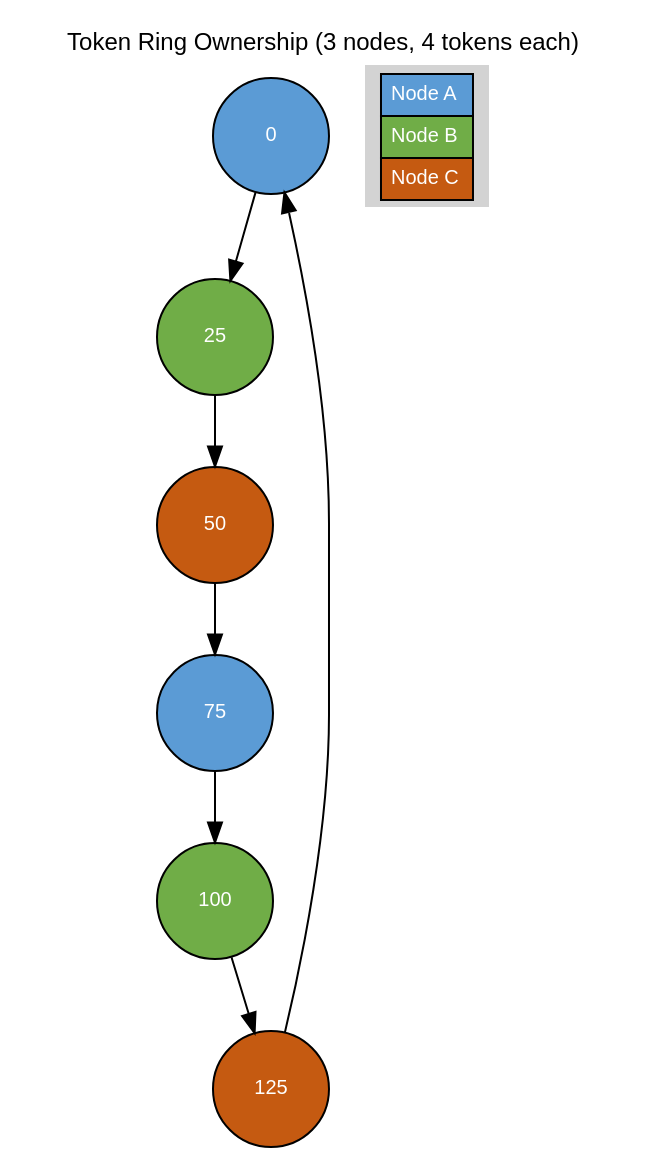
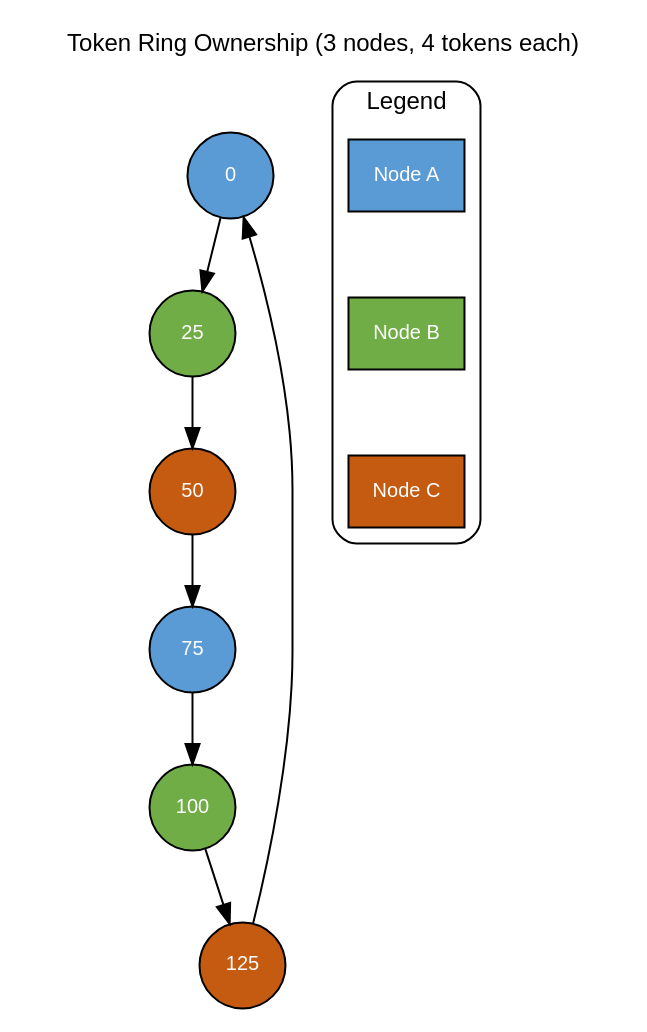
Before and after one commit to axonops/documentation: the third of 6 diagrams in docs/cassandra/architecture/cluster-management/node-lifecycle.md, drawn with Graphviz. The commit also changed other lines of this file and 228 other files, not shown here.

````diff
--- a/docs/cassandra/architecture/cluster-management/node-lifecycle.md
+++ b/docs/cassandra/architecture/cluster-management/node-lifecycle.md
@@ -219,29 +200,35 @@
-```graphviz dot token-ownership.svg
-digraph TokenOwnership {
+```graphviz circo token-ring.svg
+digraph TokenRing {
     fontname="Helvetica";
     node [fontname="Helvetica", fontsize=10];
     edge [fontname="Helvetica", fontsize=9];
 
     label="Token Ring Ownership (3 nodes, 4 tokens each)";
     labelloc="t";
     fontsize=12;
 
-    node [shape=circle, style="filled", width=0.8];
+    node [shape=circle, style=filled, width=0.6, fixedsize=true];
 
-    // Ring representation
     t0 [label="0", fillcolor="#5B9BD5", fontcolor="white"];
     t25 [label="25", fillcolor="#70AD47", fontcolor="white"];
     t50 [label="50", fillcolor="#C55A11", fontcolor="white"];
     t75 [label="75", fillcolor="#5B9BD5", fontcolor="white"];
     t100 [label="100", fillcolor="#70AD47", fontcolor="white"];
     t125 [label="125", fillcolor="#C55A11", fontcolor="white"];
 
     t0 -> t25 -> t50 -> t75 -> t100 -> t125 -> t0;
 
-    legend [shape=none, label=<<TABLE BORDER="0" CELLBORDER="1" CELLSPACING="0" CELLPADDING="4">
-        <TR><TD BGCOLOR="#5B9BD5"><FONT COLOR="white">Node A</FONT></TD></TR>
-        <TR><TD BGCOLOR="#70AD47"><FONT COLOR="white">Node B</FONT></TD></TR>
-        <TR><TD BGCOLOR="#C55A11"><FONT COLOR="white">Node C</FONT></TD></TR>
-    </TABLE>>];
+    subgraph cluster_legend {
+        label="Legend";
+        style="rounded";
+        fillcolor="#F8F8F8";
+
+        node [shape=box, width=0.8];
+        la [label="Node A", fillcolor="#5B9BD5", fontcolor="white"];
+        lb [label="Node B", fillcolor="#70AD47", fontcolor="white"];
+        lc [label="Node C", fillcolor="#C55A11", fontcolor="white"];
+
+        la -> lb -> lc [style=invis];
+    }
 }
 ```
````
